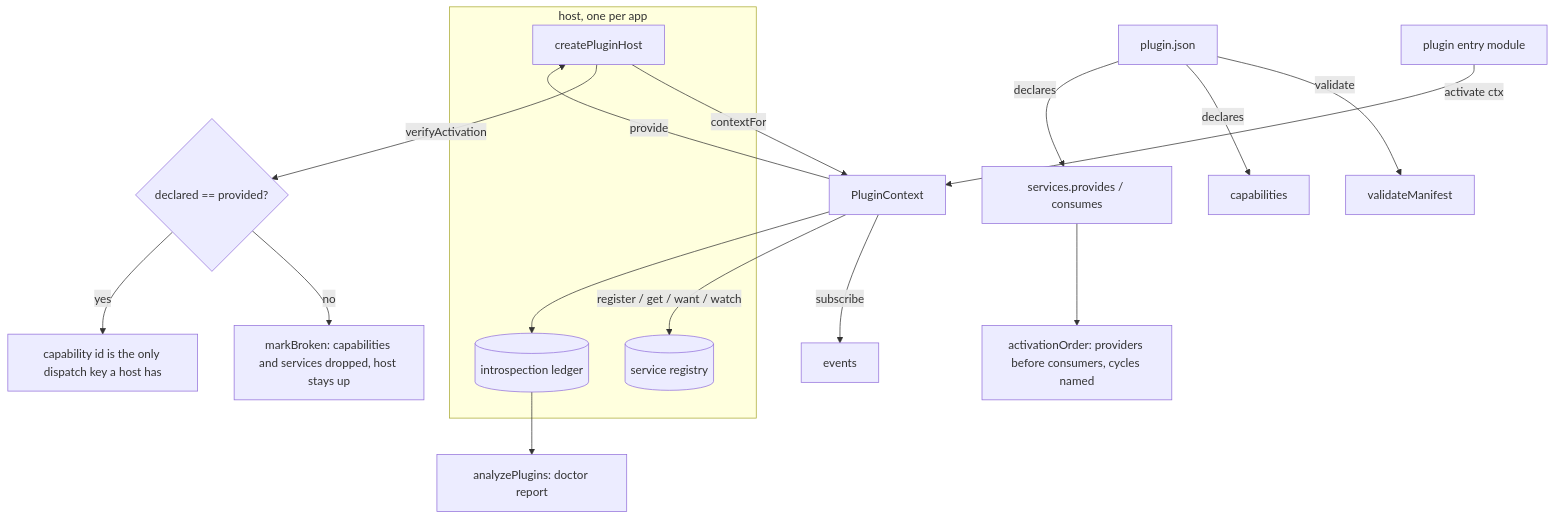
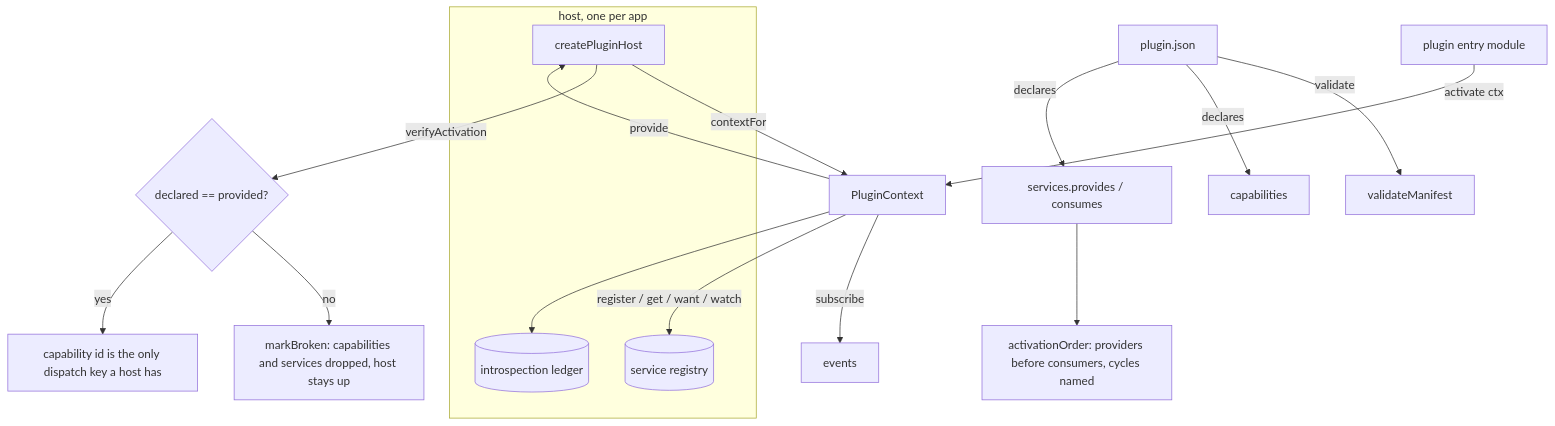
The diagram in README.md (intisy-ai/api), drawn with Mermaid before and after one commit. The commit also changed other lines of this file, not shown here.

````diff
--- a/README.md
+++ b/README.md
@@ -15,26 +16,25 @@
 ```mermaid
 flowchart TD
     MANIFEST[plugin.json] -->|validate| VALIDATE[validateManifest]
     MANIFEST -->|declares| CAPS[capabilities]
     MANIFEST -->|declares| SVC[services.provides / consumes]
 
     subgraph Host [host, one per app]
         HOST[createPluginHost]
         LEDGER[(introspection ledger)]
         HUB[(service registry)]
     end
 
     HOST -->|contextFor| CTX[PluginContext]
     CTX -->|provide| HOST
     CTX -->|register / get / want / watch| HUB
     CTX -->|subscribe| BUS[events]
     CTX --> LEDGER
 
     PLUGIN[plugin entry module] -->|activate ctx| CTX
     HOST -->|verifyActivation| CHECK{declared == provided?}
     CHECK -->|no| QUARANTINE[markBroken: capabilities and services dropped, host stays up]
     CHECK -->|yes| ACTIVE[capability id is the only dispatch key a host has]
 
     SVC --> ORDER[activationOrder: providers before consumers, cycles named]
-    LEDGER --> DOCTOR[analyzePlugins: doctor report]
 ```
````
